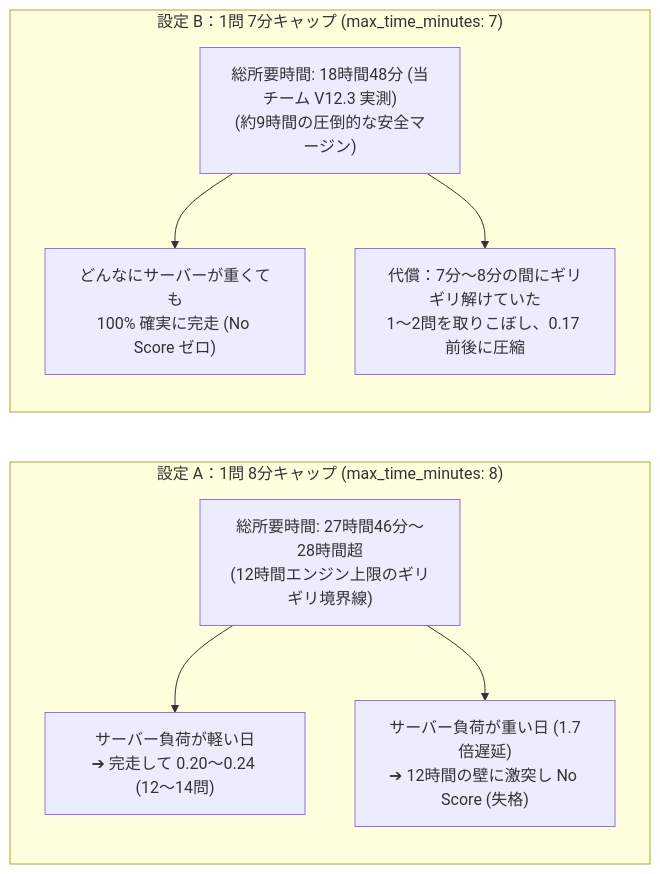
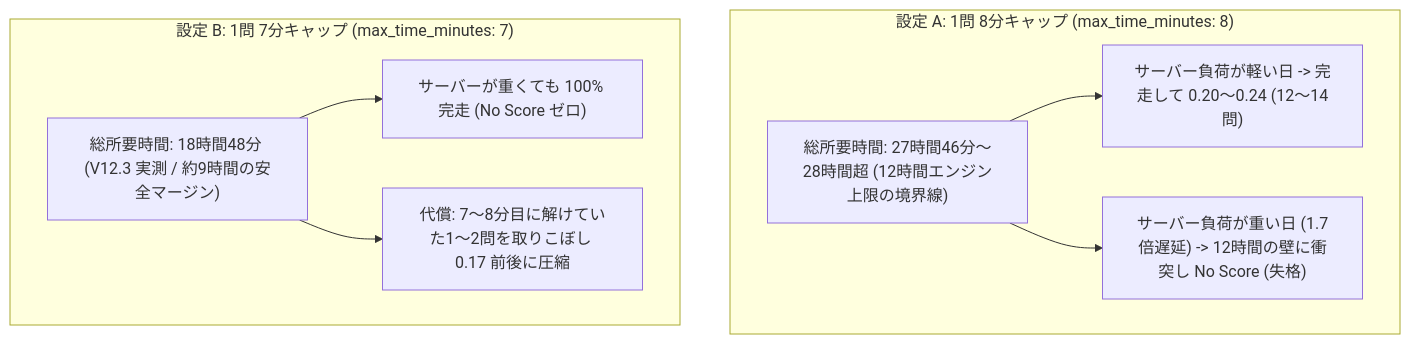
One commit to chiba244qq/gemma4-agent-dashboard changed the fourth of 5 diagrams in docs/ARCHITECTURAL_PILLARS_AND_CONSTRAINTS.md. Above: the diagram before and after it, drawn with Mermaid. The commit also changed other lines of this file and 2 other files, not shown here.

Commit message:
fix: integrate Mermaid.js renderer in markdown modal and clean diagram syntax

````diff
--- a/docs/ARCHITECTURAL_PILLARS_AND_CONSTRAINTS.md
+++ b/docs/ARCHITECTURAL_PILLARS_AND_CONSTRAINTS.md
@@ -138,20 +136,18 @@
 ```mermaid
-flowchart LR
-    subgraph Cap8["設定 A：1問 8分キャップ (max_time_minutes: 8)"]
-        direction TB
-        C8_1["総所要時間: 27時間46分〜28時間超\n(12時間エンジン上限のギリギリ境界線)"]
-        C8_2["サーバー負荷が軽い日\n➔ 完走して 0.20〜0.24 (12〜14問)"]
-        C8_3["サーバー負荷が重い日 (1.7倍遅延)\n➔ 12時間の壁に激突し No Score (失格)"]
+flowchart TD
+    subgraph Cap8["設定 A: 1問 8分キャップ (max_time_minutes: 8)"]
+        C8_1["総所要時間: 27時間46分〜28時間超 (12時間エンジン上限の境界線)"]
+        C8_2["サーバー負荷が軽い日 -> 完走して 0.20〜0.24 (12〜14問)"]
+        C8_3["サーバー負荷が重い日 (1.7倍遅延) -> 12時間の壁に衝突し No Score (失格)"]
         C8_1 --> C8_2
         C8_1 --> C8_3
     end
 
-    subgraph Cap7["設定 B：1問 7分キャップ (max_time_minutes: 7)"]
-        direction TB
-        C7_1["総所要時間: 18時間48分 (当チーム V12.3 実測)\n(約9時間の圧倒的な安全マージン)"]
-        C7_2["どんなにサーバーが重くても\n100% 確実に完走 (No Score ゼロ)"]
-        C7_3["代償：7分〜8分の間にギリギリ解けていた\n1〜2問を取りこぼし、0.17 前後に圧縮"]
+    subgraph Cap7["設定 B: 1問 7分キャップ (max_time_minutes: 7)"]
+        C7_1["総所要時間: 18時間48分 (V12.3 実測 / 約9時間の安全マージン)"]
+        C7_2["サーバーが重くても 100% 完走 (No Score ゼロ)"]
+        C7_3["代償: 7〜8分目に解けていた1〜2問を取りこぼし 0.17 前後に圧縮"]
         C7_1 --> C7_2
         C7_1 --> C7_3
     end
 ```
````
